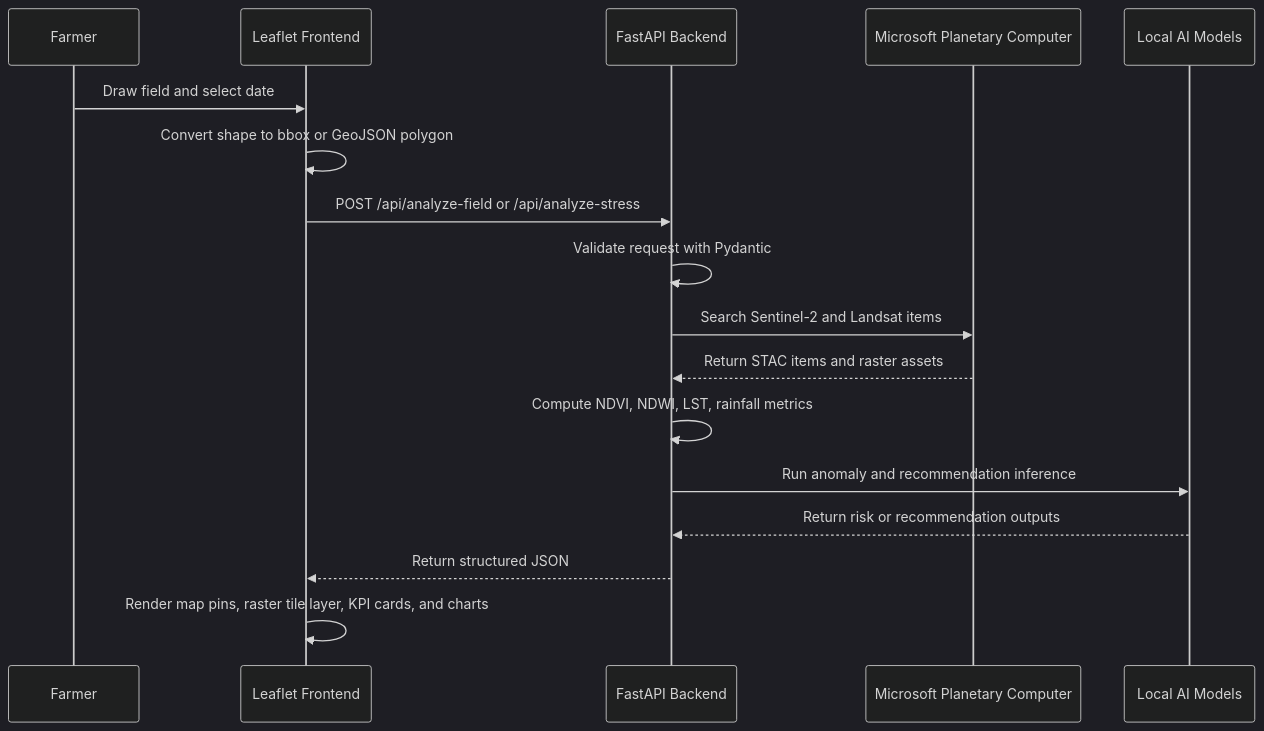
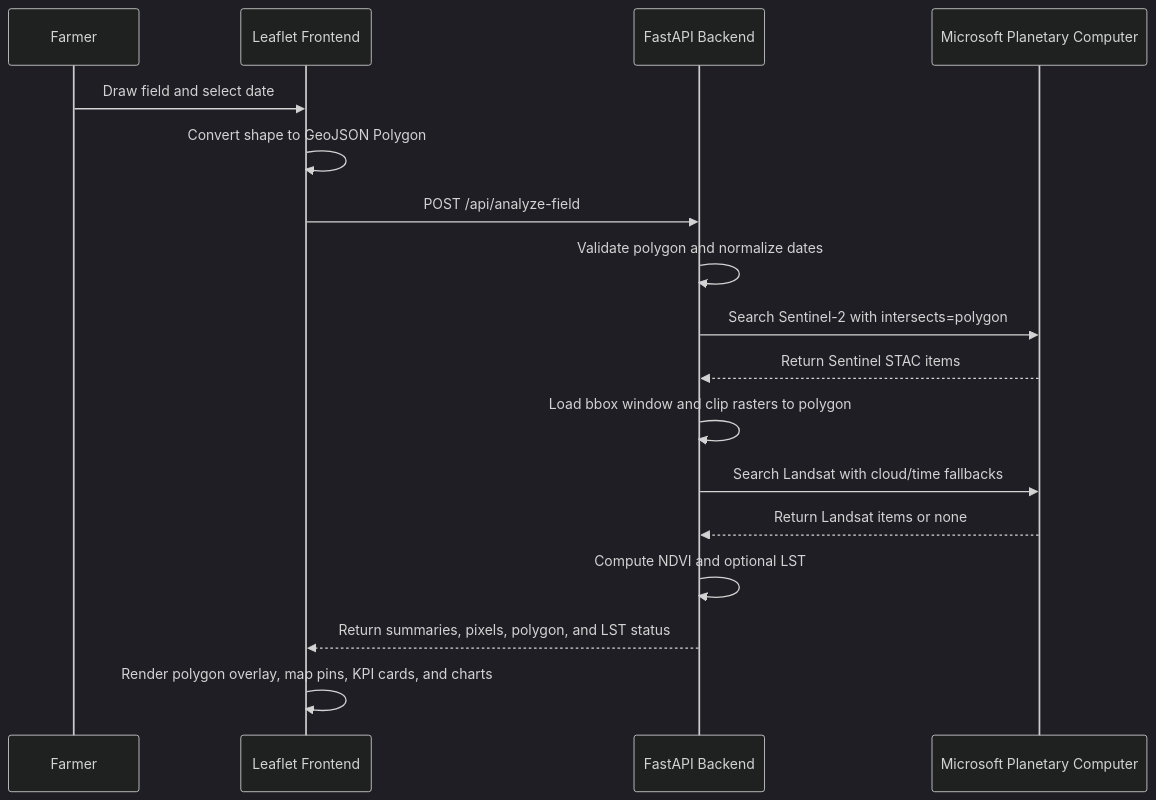
The second of 2 diagrams in docs/data-transfer-workflow.md (chinna5656/satellite-crop-planner), drawn with Mermaid (dark theme) before and after one commit. The commit also changed other lines of this file and 7 other files, not shown here.

````diff
--- a/docs/data-transfer-workflow.md
+++ b/docs/data-transfer-workflow.md
@@ -153,20 +204,20 @@
 ```mermaid
 sequenceDiagram
     participant User as Farmer
     participant UI as Leaflet Frontend
     participant API as FastAPI Backend
     participant MPC as Microsoft Planetary Computer
-    participant AI as Local AI Models
 
     User->>UI: Draw field and select date
-    UI->>UI: Convert shape to bbox or GeoJSON polygon
-    UI->>API: POST /api/analyze-field or /api/analyze-stress
-    API->>API: Validate request with Pydantic
-    API->>MPC: Search Sentinel-2 and Landsat items
-    MPC-->>API: Return STAC items and raster assets
-    API->>API: Compute NDVI, NDWI, LST, rainfall metrics
-    API->>AI: Run anomaly and recommendation inference
-    AI-->>API: Return risk or recommendation outputs
-    API-->>UI: Return structured JSON
-    UI->>UI: Render map pins, raster tile layer, KPI cards, and charts
+    UI->>UI: Convert shape to GeoJSON Polygon
+    UI->>API: POST /api/analyze-field
+    API->>API: Validate polygon and normalize dates
+    API->>MPC: Search Sentinel-2 with intersects=polygon
+    MPC-->>API: Return Sentinel STAC items
+    API->>API: Load bbox window and clip rasters to polygon
+    API->>MPC: Search Landsat with cloud/time fallbacks
+    MPC-->>API: Return Landsat items or none
+    API->>API: Compute NDVI and optional LST
+    API-->>UI: Return summaries, pixels, polygon, and LST status
+    UI->>UI: Render polygon overlay, map pins, KPI cards, and charts
 ```
````
